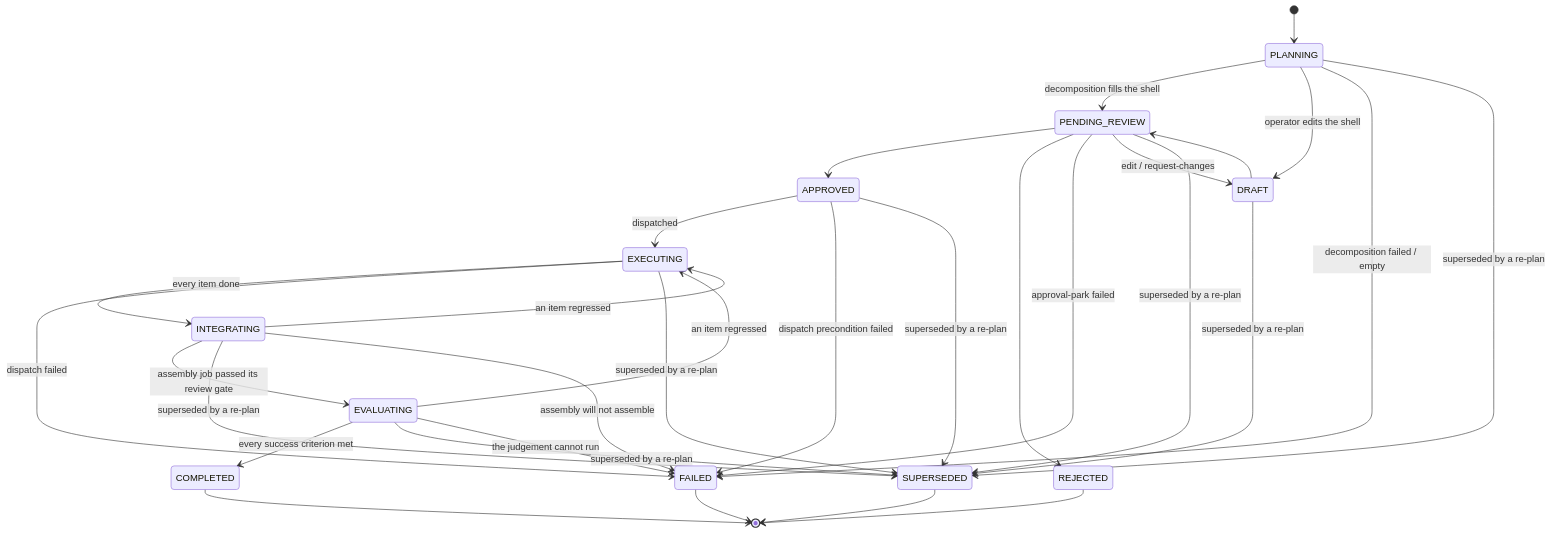
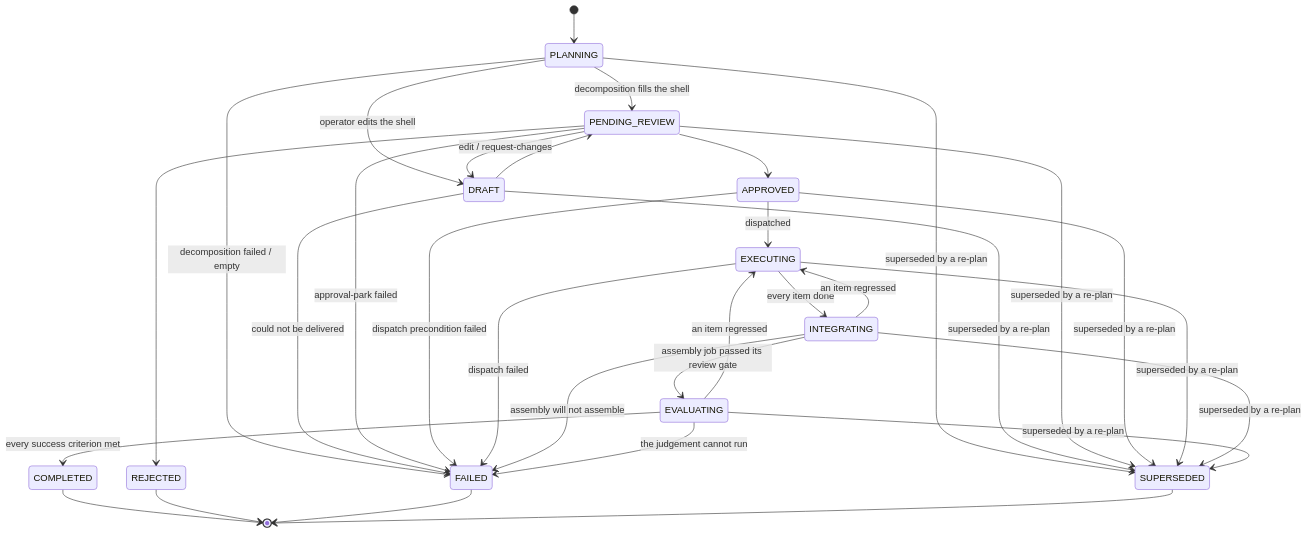
Before and after one commit to Aureliolo/synthorg: the diagram in docs/design/plan-review.md, drawn with Mermaid. The commit also changed other lines of this file and 211 other files, not shown here.

````diff
--- a/docs/design/plan-review.md
+++ b/docs/design/plan-review.md
@@ -177,33 +177,34 @@
 ```mermaid
 stateDiagram-v2
     [*] --> PLANNING
     PLANNING --> PENDING_REVIEW: decomposition fills the shell
     PLANNING --> DRAFT: operator edits the shell
     PLANNING --> FAILED: decomposition failed / empty
     PLANNING --> SUPERSEDED: superseded by a re-plan
     DRAFT --> PENDING_REVIEW
+    DRAFT --> FAILED: could not be delivered
     PENDING_REVIEW --> APPROVED
     PENDING_REVIEW --> REJECTED
     PENDING_REVIEW --> FAILED: approval-park failed
     PENDING_REVIEW --> DRAFT: edit / request-changes
     DRAFT --> SUPERSEDED: superseded by a re-plan
     PENDING_REVIEW --> SUPERSEDED: superseded by a re-plan
     APPROVED --> EXECUTING: dispatched
     APPROVED --> FAILED: dispatch precondition failed
     APPROVED --> SUPERSEDED: superseded by a re-plan
     EXECUTING --> INTEGRATING: every item done
     EXECUTING --> FAILED: dispatch failed
     EXECUTING --> SUPERSEDED: superseded by a re-plan
     INTEGRATING --> EVALUATING: assembly job passed its review gate
     INTEGRATING --> EXECUTING: an item regressed
     INTEGRATING --> SUPERSEDED: superseded by a re-plan
     INTEGRATING --> FAILED: assembly will not assemble
     EVALUATING --> COMPLETED: every success criterion met
     EVALUATING --> EXECUTING: an item regressed
     EVALUATING --> SUPERSEDED: superseded by a re-plan
     EVALUATING --> FAILED: the judgement cannot run
     COMPLETED --> [*]
     REJECTED --> [*]
     FAILED --> [*]
     SUPERSEDED --> [*]
 ```
````
